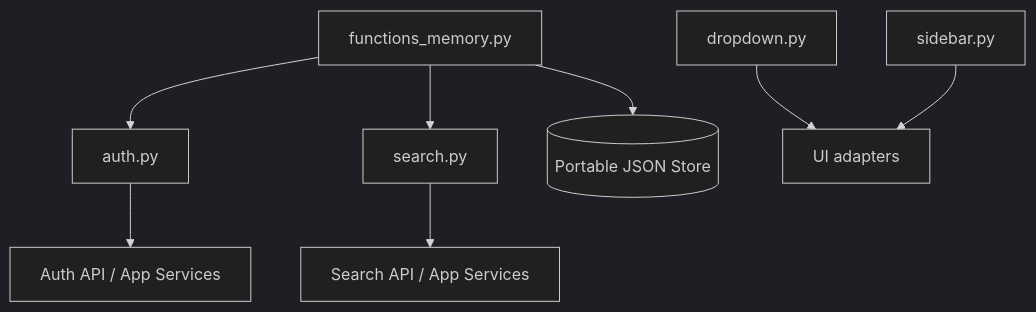
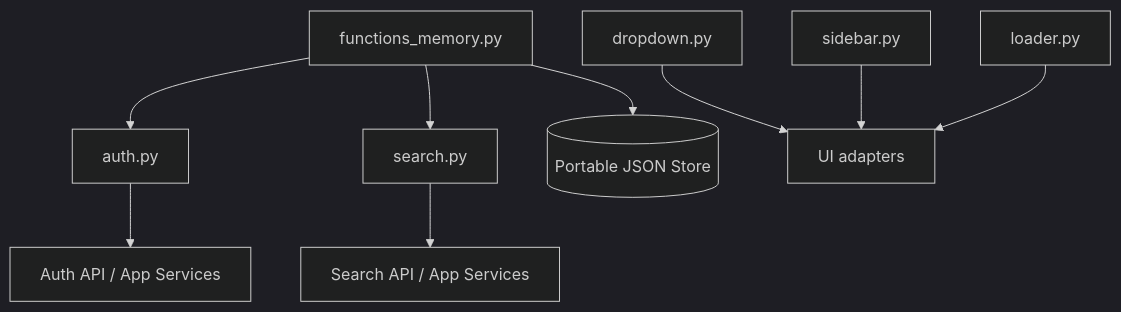
The first of 4 diagrams in src/functions/README.md (The-Outsider-97/SLAI), drawn with Mermaid (dark theme) before and after one commit.

````diff
--- a/src/functions/README.md
+++ b/src/functions/README.md
@@ -14,10 +14,11 @@
 ```mermaid
 graph TD
     M[functions_memory.py] --> A[auth.py]
     M --> S[search.py]
     D[dropdown.py] --> UI[UI adapters]
     SB[sidebar.py] --> UI
+    L[loader.py] --> UI
     A --> API[Auth API / App Services]
     S --> SEARCH[Search API / App Services]
     M --> STORE[(Portable JSON Store)]
 ```
````
